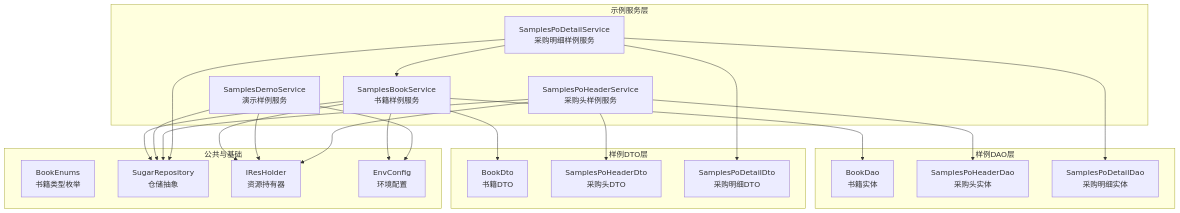
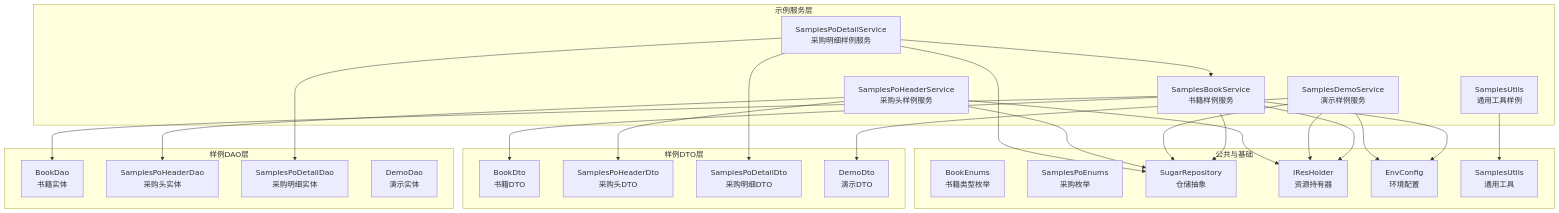
The first of 6 diagrams in .qoder/repowiki/zh/content/示例项目/示例项目.md (leadiot/Scm.Net), drawn with Mermaid before and after one commit. The commit also changed other lines of this file and 126 other files, not shown here.

````diff
--- a/.qoder/repowiki/zh/content/示例项目/示例项目.md
+++ b/.qoder/repowiki/zh/content/示例项目/示例项目.md
@@ -42,41 +67,48 @@
 ```mermaid
 graph TB
 subgraph "示例服务层"
 SBook["SamplesBookService<br/>书籍样例服务"]
 SDemo["SamplesDemoService<br/>演示样例服务"]
 SPoH["SamplesPoHeaderService<br/>采购头样例服务"]
 SPoD["SamplesPoDetailService<br/>采购明细样例服务"]
+SUtils["SamplesUtils<br/>通用工具样例"]
 end
 subgraph "样例DAO层"
 DBook["BookDao<br/>书籍实体"]
 DPoH["SamplesPoHeaderDao<br/>采购头实体"]
 DPoD["SamplesPoDetailDao<br/>采购明细实体"]
+DDemo["DemoDao<br/>演示实体"]
 end
 subgraph "样例DTO层"
 DtoBook["BookDto<br/>书籍DTO"]
 DtoPoH["SamplesPoHeaderDto<br/>采购头DTO"]
 DtoPoD["SamplesPoDetailDto<br/>采购明细DTO"]
+DtoDemo["DemoDto<br/>演示DTO"]
 end
 subgraph "公共与基础"
 Enums["BookEnums<br/>书籍类型枚举"]
+PoEnums["SamplesPoEnums<br/>采购枚举"]
 Repo["SugarRepository<T><br/>仓储抽象"]
 Res["IResHolder<br/>资源持有器"]
 Conf["EnvConfig<br/>环境配置"]
+Utils["SamplesUtils<br/>通用工具"]
 end
 SBook --> DBook
 SBook --> DtoBook
 SBook --> Repo
 SBook --> Res
 SBook --> Conf
+SDemo --> DtoDemo
 SDemo --> Repo
 SDemo --> Res
 SDemo --> Conf
 SPoH --> DPoH
 SPoH --> DtoPoH
 SPoH --> Repo
 SPoH --> Res
 SPoD --> DPoD
 SPoD --> DtoPoD
 SPoD --> Repo
 SPoD --> SBook
+SUtils --> Utils
 ```
````
